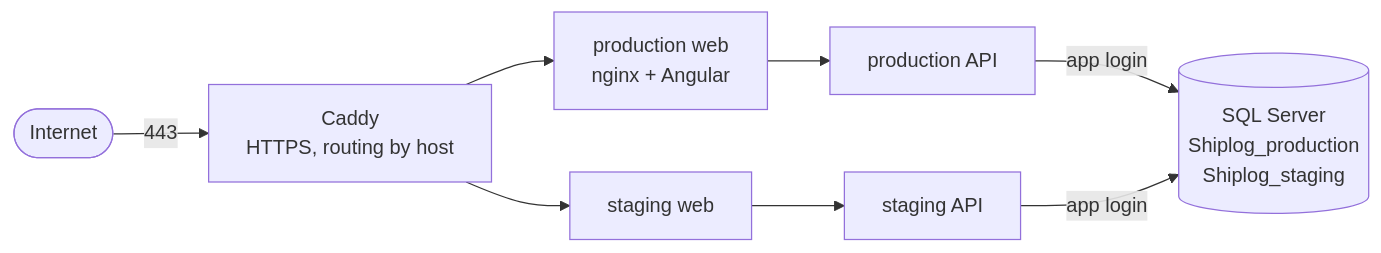
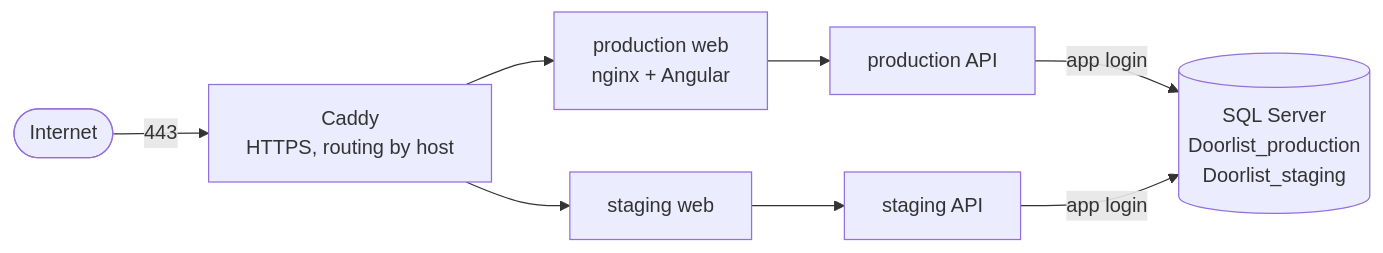
The second of 2 diagrams in deploy/README.md (jaiminbhut/doorlist), drawn with Mermaid before and after one commit. The commit also changed other lines of this file and 106 other files, not shown here.

First line of the commit message:
refactor: rename Shiplog to Doorlist

````diff
--- a/deploy/README.md
+++ b/deploy/README.md
@@ -15,8 +15,8 @@
 ```mermaid
 flowchart LR
     internet([Internet]) -- "443" --> caddy["Caddy<br/>HTTPS, routing by host"]
     caddy --> pweb["production web<br/>nginx + Angular"] --> papi["production API"]
     caddy --> sweb["staging web"] --> sapi["staging API"]
-    papi -- "app login" --> db[("SQL Server<br/>Shiplog_production<br/>Shiplog_staging")]
+    papi -- "app login" --> db[("SQL Server<br/>Doorlist_production<br/>Doorlist_staging")]
     sapi -- "app login" --> db
 ```
````
